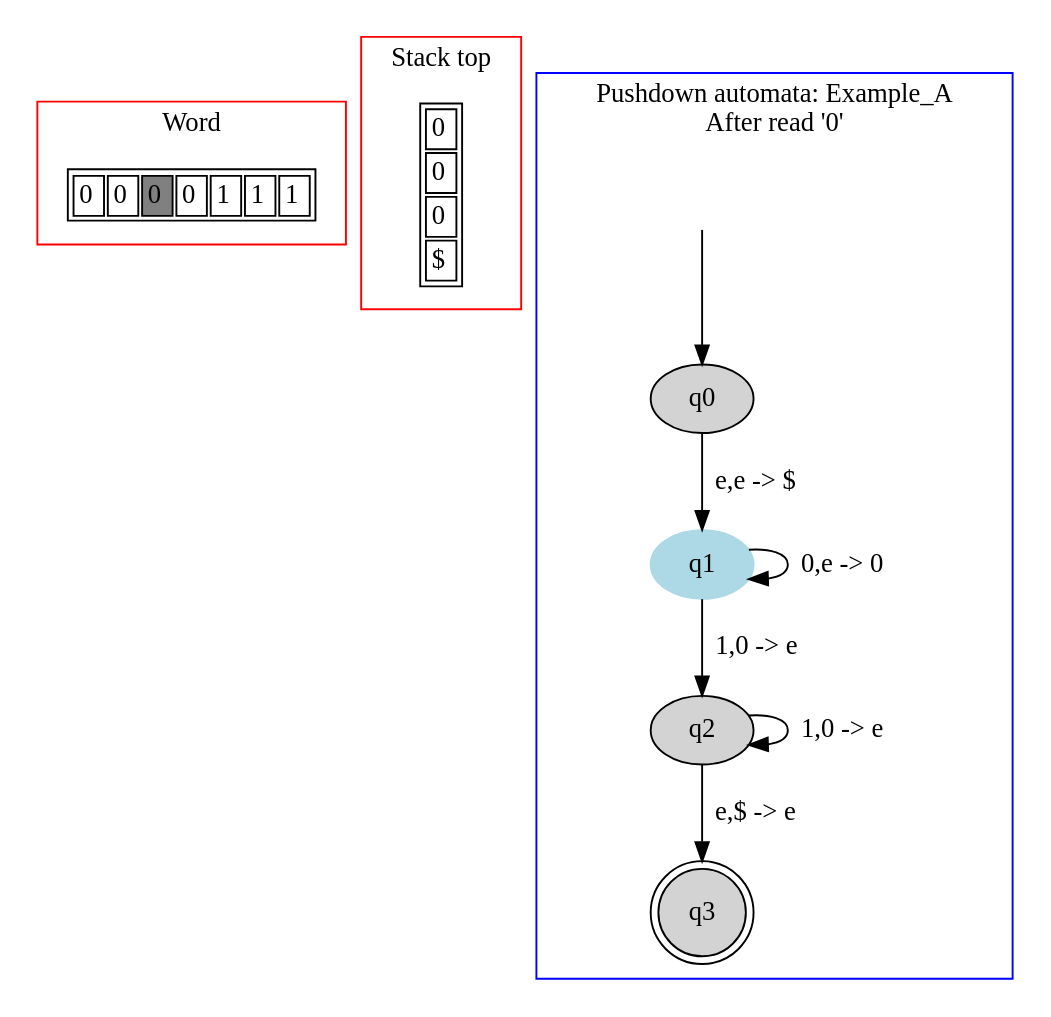
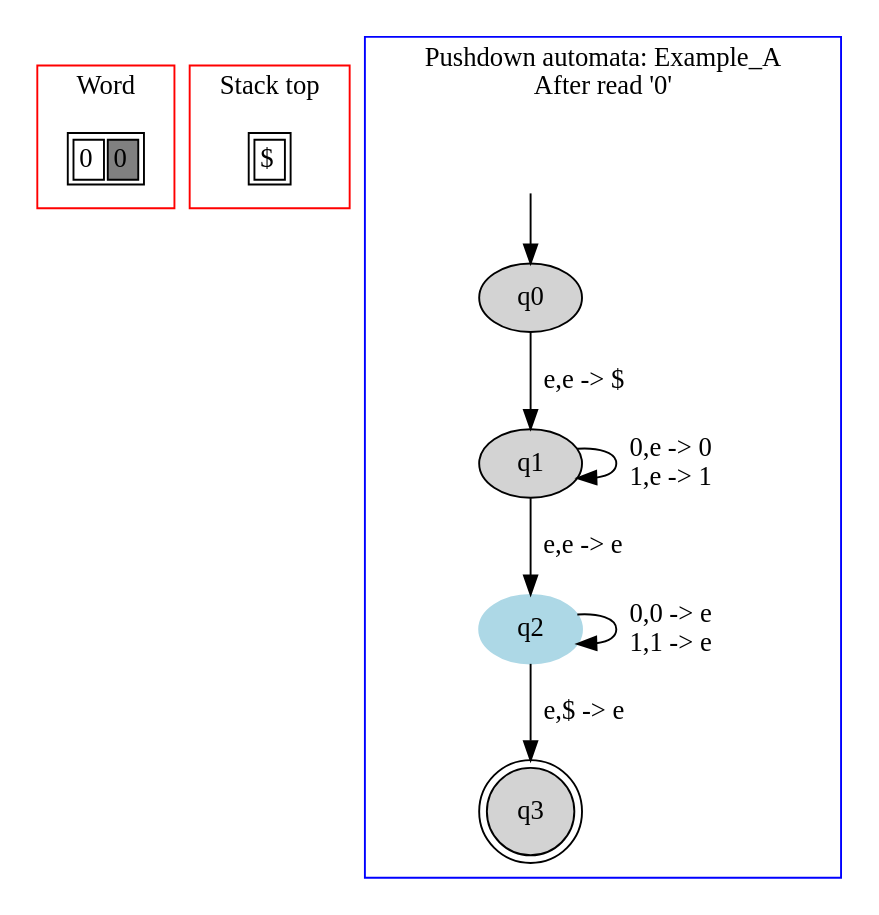
One commit to danielScLima/pushdown_automata changed the diagram in PA/images/file5.dot. Above: the diagram before and after it, drawn with Graphviz. The commit also changed 26 other files, not shown here.

```diff
--- a/PA/images/file5.dot
+++ b/PA/images/file5.dot
@@ -1,60 +1,45 @@
 digraph G {
 	subgraph cluster_0 {
 		node [shape=plaintext];
 
 struct1 [label=<<TABLE>
 <TR>
 <TD><FONT>0</FONT></TD>
-<TD><FONT>0</FONT></TD>
 <TD BGCOLOR="gray"><FONT>0</FONT></TD>
-<TD><FONT>0</FONT></TD>
-<TD><FONT>1</FONT></TD>
-<TD><FONT>1</FONT></TD>
-<TD><FONT>1</FONT></TD>
 </TR>
 </TABLE>>];
 label = "Word";
 color=red;
 }
 	subgraph cluster_2 {
 		node [shape=plaintext];
 
 struct2 [label=<<TABLE>
-<TR>
-<TD>
-0</TD>
-</TR>
-<TR>
-<TD>
-0</TD>
-</TR>
-<TR>
-<TD>
-0</TD>
-</TR>
 <TR>
 <TD>
 $</TD>
 </TR>
 </TABLE>>];
 label = "Stack top";
 color=red;
 }
 	subgraph cluster_1 {
 		node [style=filled];
 		label = "Pushdown automata: Example_A
 After read '0'"
 		color=blue;
 
 		q0;
-		q1 [color="lightblue"];
-		q2;
+		q1;
+		q2 [color="lightblue"];
 		q3 [shape="doublecircle"];
 		q0->q1[label="e,e -> $"];
-		q1->q1[label="0,e -> 0"];
-		q1->q2[label="1,0 -> e"];
-		q2->q2[label="1,0 -> e"];
+		q1->q1[label="0,e -> 0
+1,e -> 1"];
+		q1->q2[label="e,e -> e"];
+		q2->q2[label="0,0 -> e
+1,1 -> e"];
 		q2->q3[label="e,$ -> e"];
 x [color=white, label=""];		x->q0	}
 
 }
```
